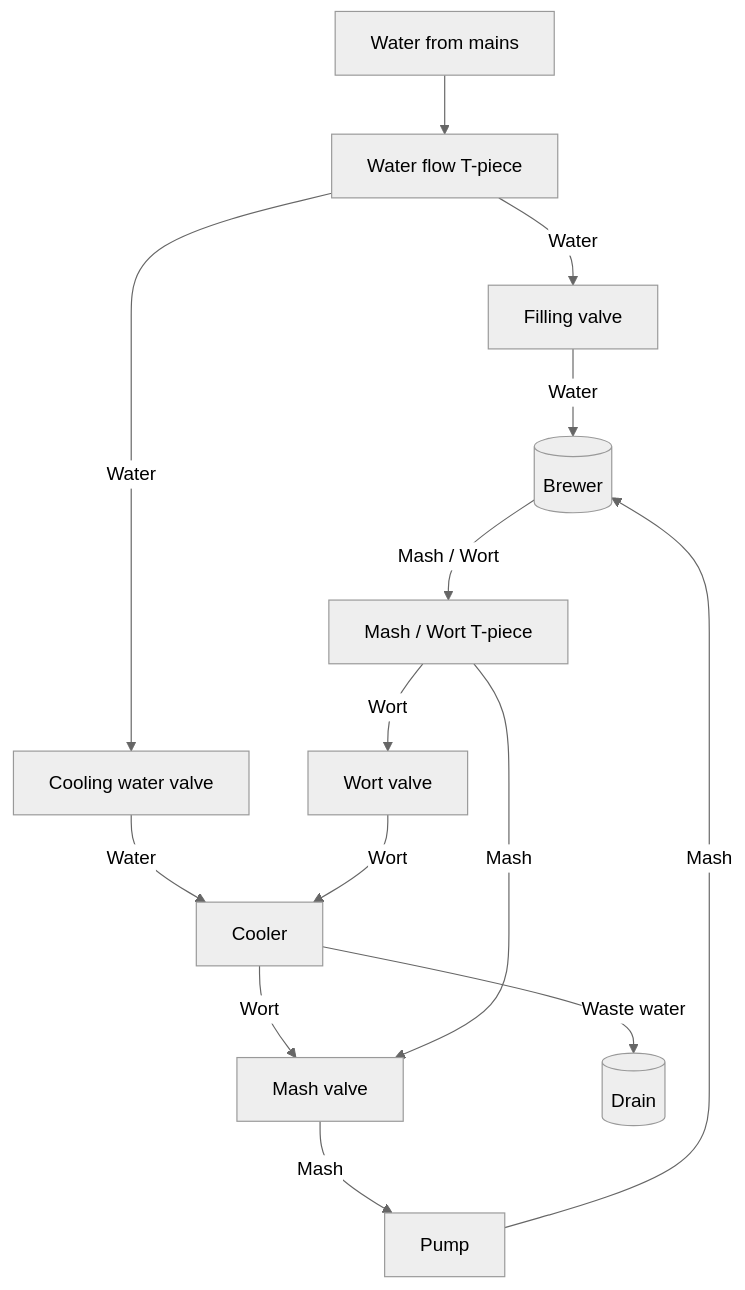
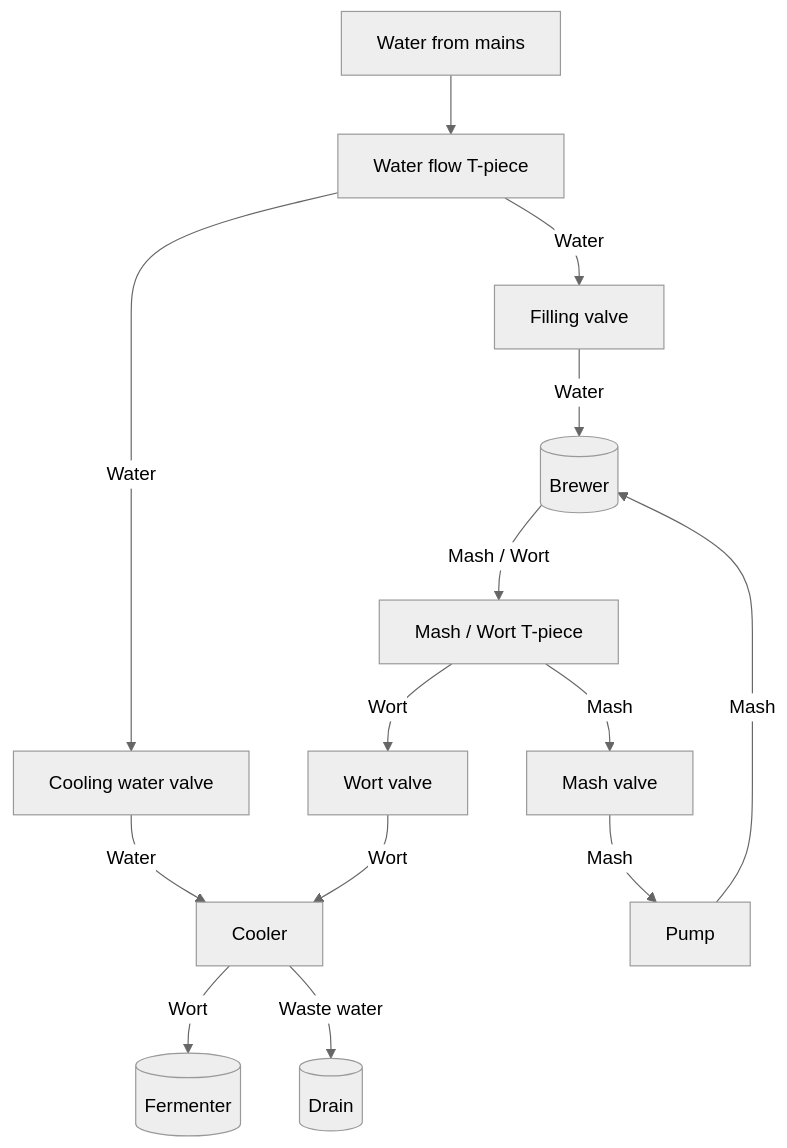
Before and after one commit to drilorin/brew_notes: the diagram in README.md, drawn with Mermaid (neutral theme).

Commit message:
Minor change

````diff
--- a/README.md
+++ b/README.md
@@ -17,16 +17,16 @@
 ```mermaid
 flowchart TD
   A[Water from mains] --> E[Water flow T-piece];
   E -- Water --> J[Filling valve];
   E -- Water --> K[Cooling water valve];
   B[(Brewer)] -- Mash / Wort --> F[Mash / Wort T-piece];
-  C[Cooler] -- Wort --> G[(Fermenter)];
+  C[Cooler] -- Wort --> L[(Fermenter)];
   P[Pump] -- Mash --> B;
   J -- Water --> B;
   K -- Water --> C;
   F -- Mash --> G[Mash valve];
   F -- Wort --> H[Wort valve];
   G -- Mash --> P;
   H -- Wort --> C;
   C -- Waste water --> I[(Drain)];
 ```
````
